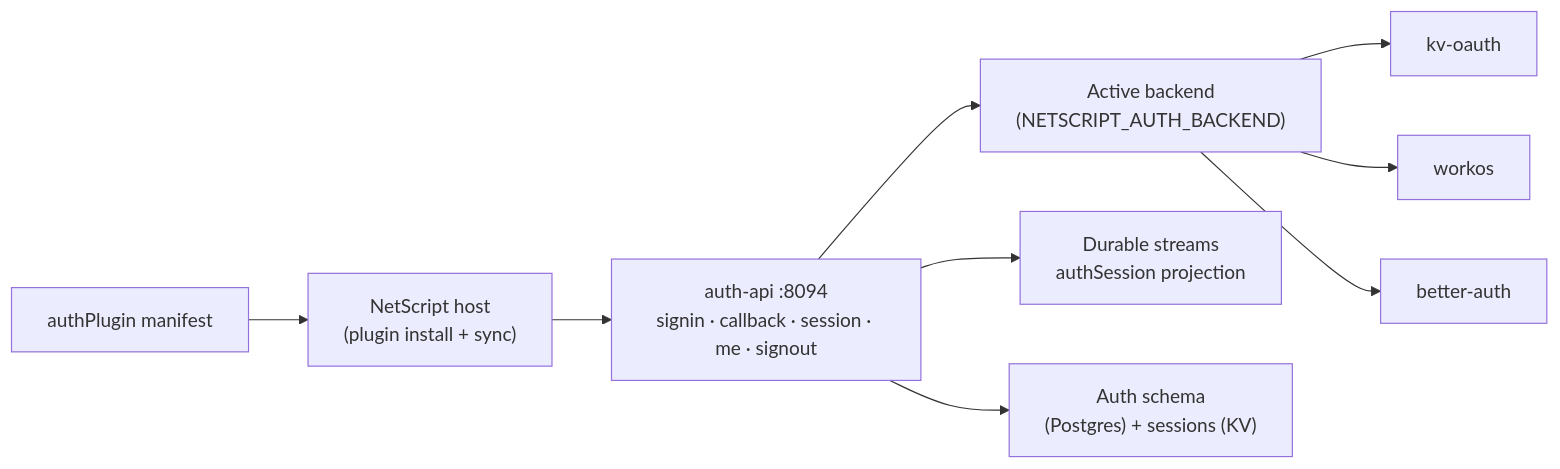
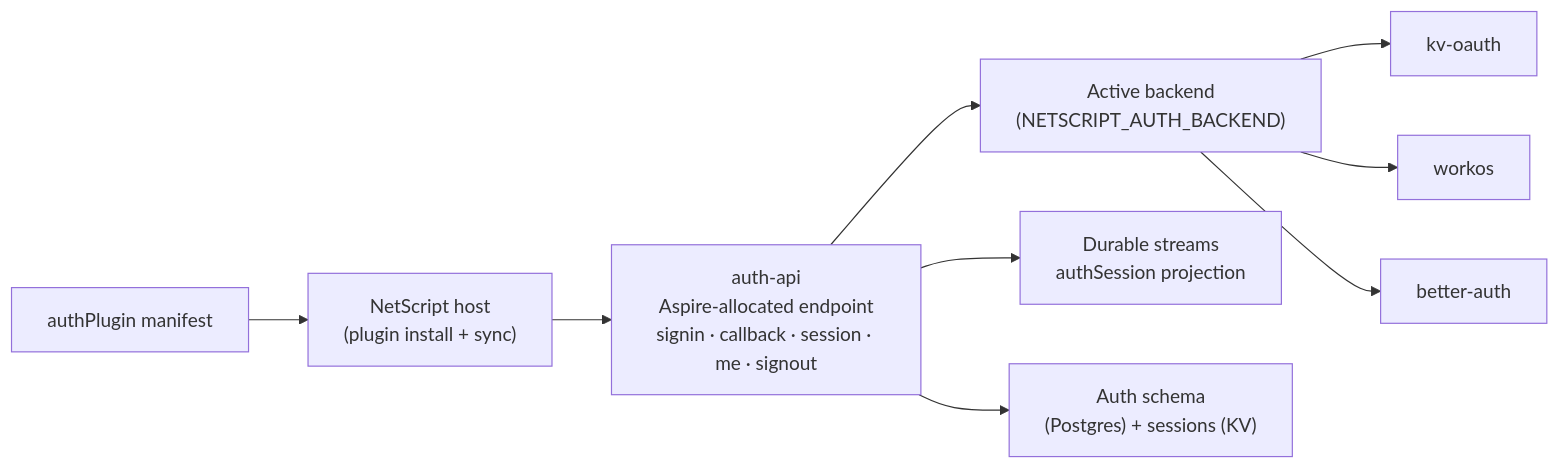
One commit to rickylabs/netscript changed the diagram in plugins/auth/README.md. Above: the diagram before and after it, drawn with Mermaid. The commit also changed other lines of this file and 34 other files, not shown here.

````diff
--- a/plugins/auth/README.md
+++ b/plugins/auth/README.md
@@ -39,11 +39,11 @@
 ```mermaid
 flowchart LR
     M["authPlugin manifest"] --> H["NetScript host<br/>(plugin install + sync)"]
-    H --> A["auth-api :8094<br/>signin · callback · session · me · signout"]
+    H --> A["auth-api<br/>Aspire-allocated endpoint<br/>signin · callback · session · me · signout"]
     A --> B["Active backend<br/>(NETSCRIPT_AUTH_BACKEND)"]
     B --> K["kv-oauth"]
     B --> W["workos"]
     B --> BA["better-auth"]
     A --> S["Durable streams<br/>authSession projection"]
     A --> D["Auth schema<br/>(Postgres) + sessions (KV)"]
 ```
````
